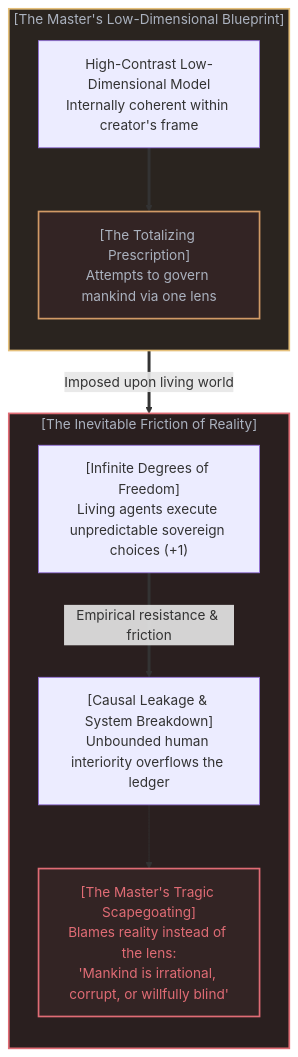
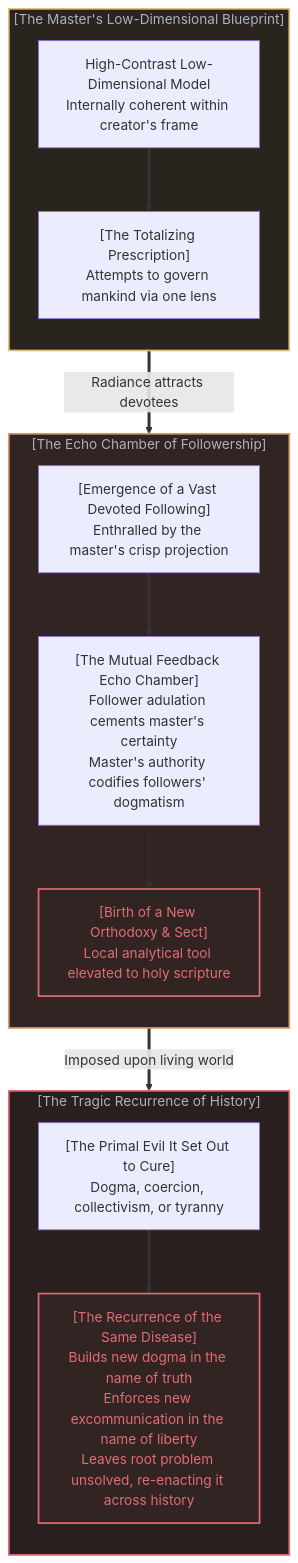
The eighth of 10 diagrams in content/posts/the-invisible-gods-eye.md (powerpig99/not-a-toe), drawn with Mermaid before and after one commit. The commit also changed other lines of this file and 3 other files, not shown here.

Commit message:
Weave followership echo chamber and historical recurrence into Post 305

````diff
--- a/content/posts/the-invisible-gods-eye.md
+++ b/content/posts/the-invisible-gods-eye.md
@@ -334,26 +349,37 @@
 ```mermaid
 graph TD
     subgraph PrescriptiveBlueprint["[The Master's Low-Dimensional Blueprint]"]
         direction TB
         SharpMap["High-Contrast Low-Dimensional Model<br>Internally coherent within creator's frame"]
         UniversalFix["[The Totalizing Prescription]<br>Attempts to govern mankind via one lens"]
         SharpMap ==> UniversalFix
     end
 
-    UniversalFix ==>|"Imposed upon living world"| CollisionField
+    UniversalFix ==>|"Radiance attracts devotees"| FollowerLoop
 
-    subgraph CollisionField["[The Inevitable Friction of Reality]"]
+    subgraph FollowerLoop["[The Echo Chamber of Followership]"]
         direction TB
-        MultiDReality["[Infinite Degrees of Freedom]<br>Living agents execute unpredictable sovereign choices (+1)"]
-        Leakage["[Causal Leakage & System Breakdown]<br>Unbounded human interiority overflows the ledger"]
-        TragicScapegoat["[The Master's Tragic Scapegoating]<br>Blames reality instead of the lens:<br>'Mankind is irrational, corrupt, or willfully blind'"]
+        MassFollowing["[Emergence of a Vast Devoted Following]<br>Enthralled by the master's crisp projection"]
+        SelfReinforcement["[The Mutual Feedback Echo Chamber]<br>Follower adulation cements master's certainty<br>Master's authority codifies followers' dogmatism"]
+        NewOrthodoxy["[Birth of a New Orthodoxy & Sect]<br>Local analytical tool elevated to holy scripture"]
 
-        MultiDReality ==>|"Empirical resistance & friction"| Leakage
-        Leakage --> TragicScapegoat
+        MassFollowing ==> SelfReinforcement
+        SelfReinforcement --> NewOrthodoxy
+    end
+
+    NewOrthodoxy ==>|"Imposed upon living world"| HistoricalTragedy
+
+    subgraph HistoricalTragedy["[The Tragic Recurrence of History]"]
+        direction TB
+        OriginalAim["[The Primal Evil It Set Out to Cure]<br>Dogma, coercion, collectivism, or tyranny"]
+        Recurrence["[The Recurrence of the Same Disease]<br>Builds new dogma in the name of truth<br>Enforces new excommunication in the name of liberty<br>Leaves root problem unsolved, re-enacting it across history"]
+
+        OriginalAim ==> Recurrence
     end
 
     style PrescriptiveBlueprint fill:#2a241f,stroke:#e5c07b,stroke-width:2px,color:#abb2bf
-    style CollisionField fill:#2a1f1f,stroke:#e06c75,stroke-width:2px,color:#abb2bf
-    style UniversalFix fill:#332424,stroke:#d19a66,stroke-width:2px,color:#abb2bf
-    style TragicScapegoat fill:#332424,stroke:#e06c75,stroke-width:2px,color:#e06c75
+    style FollowerLoop fill:#332424,stroke:#d19a66,stroke-width:2px,color:#abb2bf
+    style HistoricalTragedy fill:#2a1f1f,stroke:#e06c75,stroke-width:2px,color:#abb2bf
+    style NewOrthodoxy fill:#332424,stroke:#e06c75,stroke-width:2px,color:#e06c75
+    style Recurrence fill:#332424,stroke:#e06c75,stroke-width:2px,color:#e06c75
 ```
````
